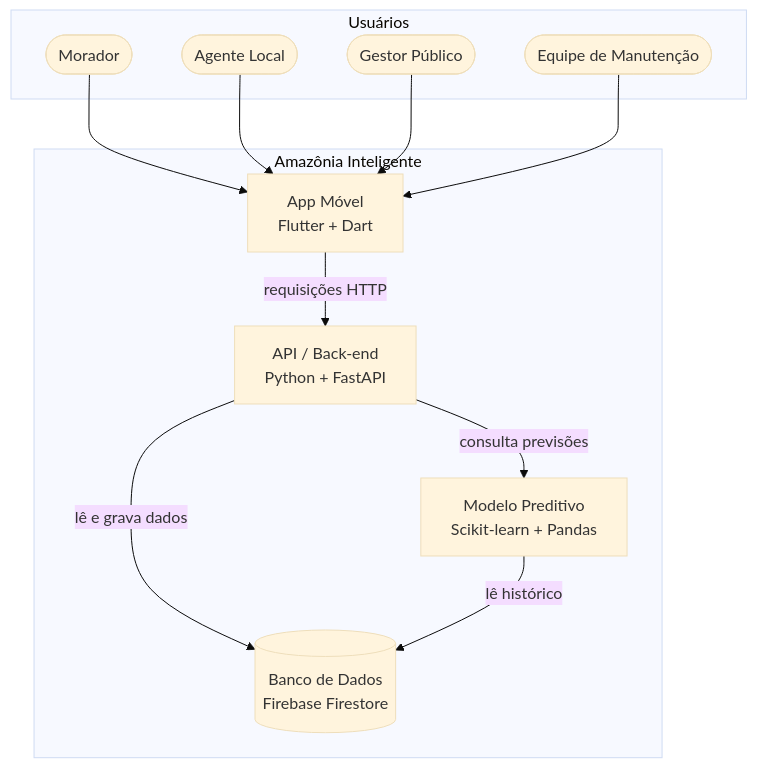
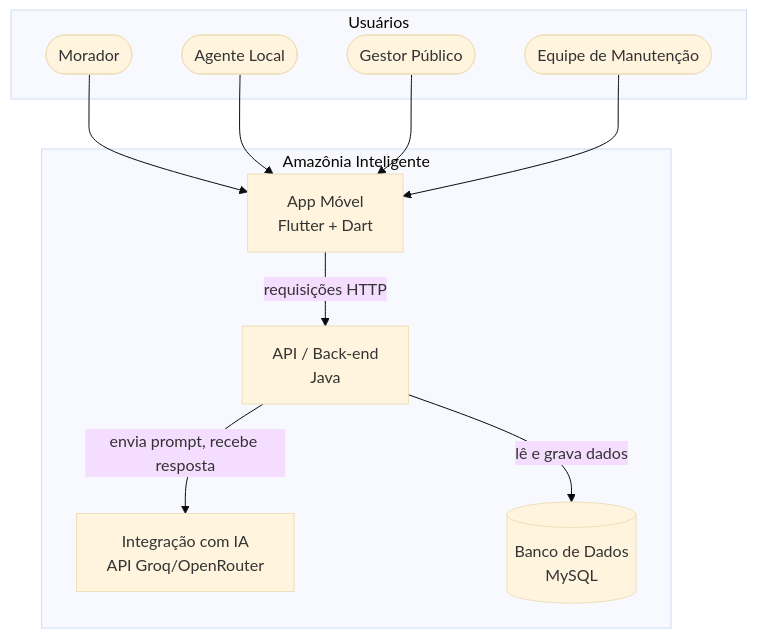
Before and after one commit to DiegoAOliveira/projeto-ods9-amazonia: the second of 2 diagrams in README.md, drawn with Mermaid (base theme).

Commit message:
Change back-end to Java and update AI integration
Updated technology stack in the system architecture diagram.

````diff
--- a/README.md
+++ b/README.md
@@ -272,26 +272,25 @@
 ```mermaid
 flowchart TB
     subgraph Usuarios[Usuários]
         Morador([Morador])
         Agente([Agente Local])
         Gestor([Gestor Público])
         Manutencao([Equipe de Manutenção])
     end
 
     subgraph Sistema[Amazônia Inteligente]
         App[App Móvel<br/>Flutter + Dart]
-        API[API / Back-end<br/>Python + FastAPI]
-        IA[Modelo Preditivo<br/>Scikit-learn + Pandas]
-        DB[(Banco de Dados<br/>Firebase Firestore)]
+        API[API / Back-end<br/>Java]
+        IA[Integração com IA<br/>API Groq/OpenRouter]
+        DB[(Banco de Dados<br/>MySQL)]
     end
 
     Morador --> App
     Agente --> App
     Gestor --> App
     Manutencao --> App
 
     App -->|requisições HTTP| API
     API -->|lê e grava dados| DB
-    API -->|consulta previsões| IA
-    IA -->|lê histórico| DB
+    API -->|envia prompt, recebe resposta| IA
 ```
````
